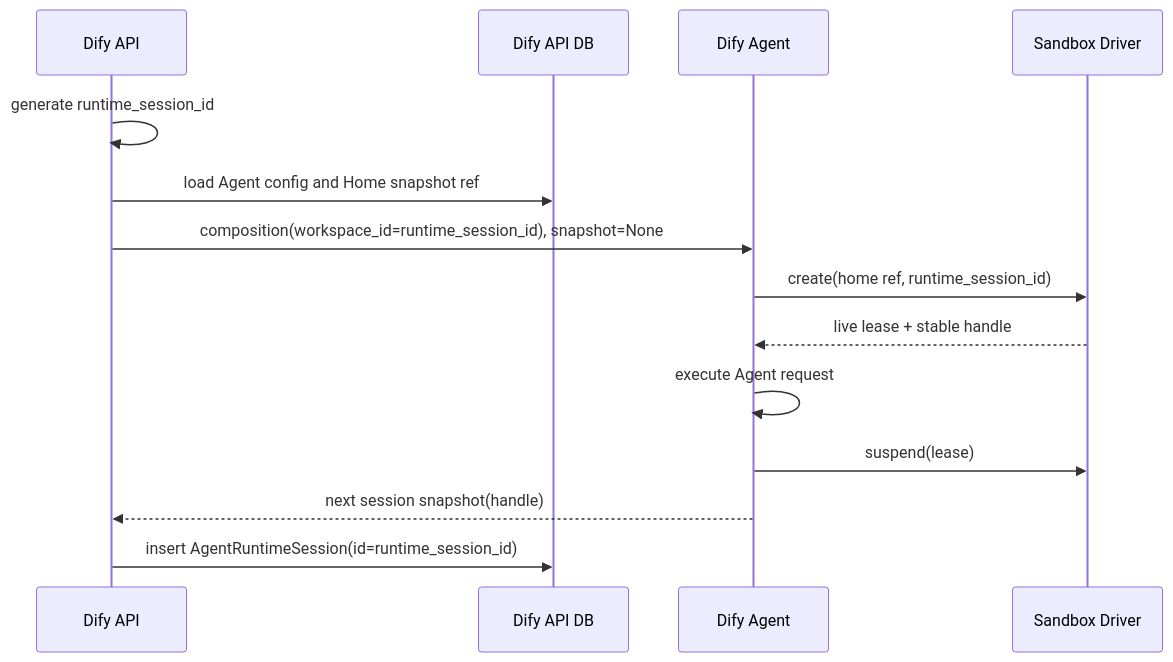
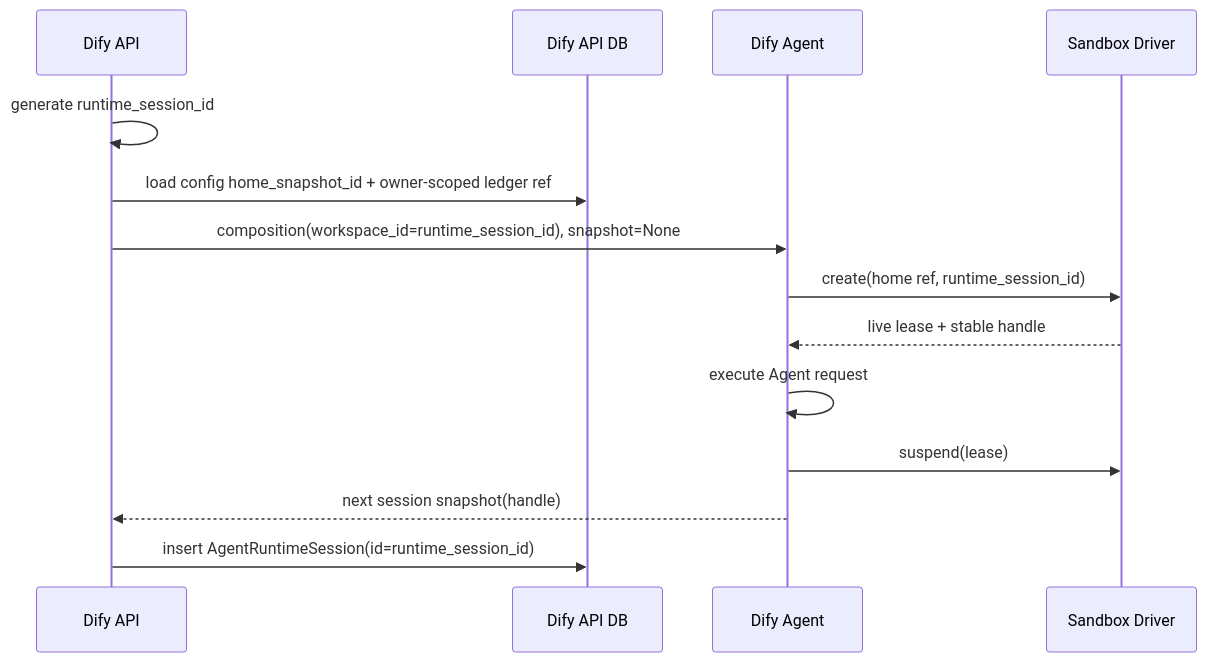
Before and after one commit to langgenius/dify: the third of 6 diagrams in .context/proposals/260720-home-sandbox-workspace-backends.md, drawn with Mermaid. The commit also changed other lines of this file and 55 other files, not shown here.

Commit message:
refactor: manage agent home snapshot lifecycle

````diff
--- a/.context/proposals/260720-home-sandbox-workspace-backends.md
+++ b/.context/proposals/260720-home-sandbox-workspace-backends.md
@@ -568,17 +605,17 @@
 ```mermaid
 sequenceDiagram
     participant API as Dify API
     participant DB as Dify API DB
     participant Agent as Dify Agent
     participant Driver as Sandbox Driver
 
     API->>API: generate runtime_session_id
-    API->>DB: load Agent config and Home snapshot ref
+    API->>DB: load config home_snapshot_id + owner-scoped ledger ref
     API->>Agent: composition(workspace_id=runtime_session_id), snapshot=None
     Agent->>Driver: create(home ref, runtime_session_id)
     Driver-->>Agent: live lease + stable handle
     Agent->>Agent: execute Agent request
     Agent->>Driver: suspend(lease)
     Agent-->>API: next session snapshot(handle)
     API->>DB: insert AgentRuntimeSession(id=runtime_session_id)
 ```
````
